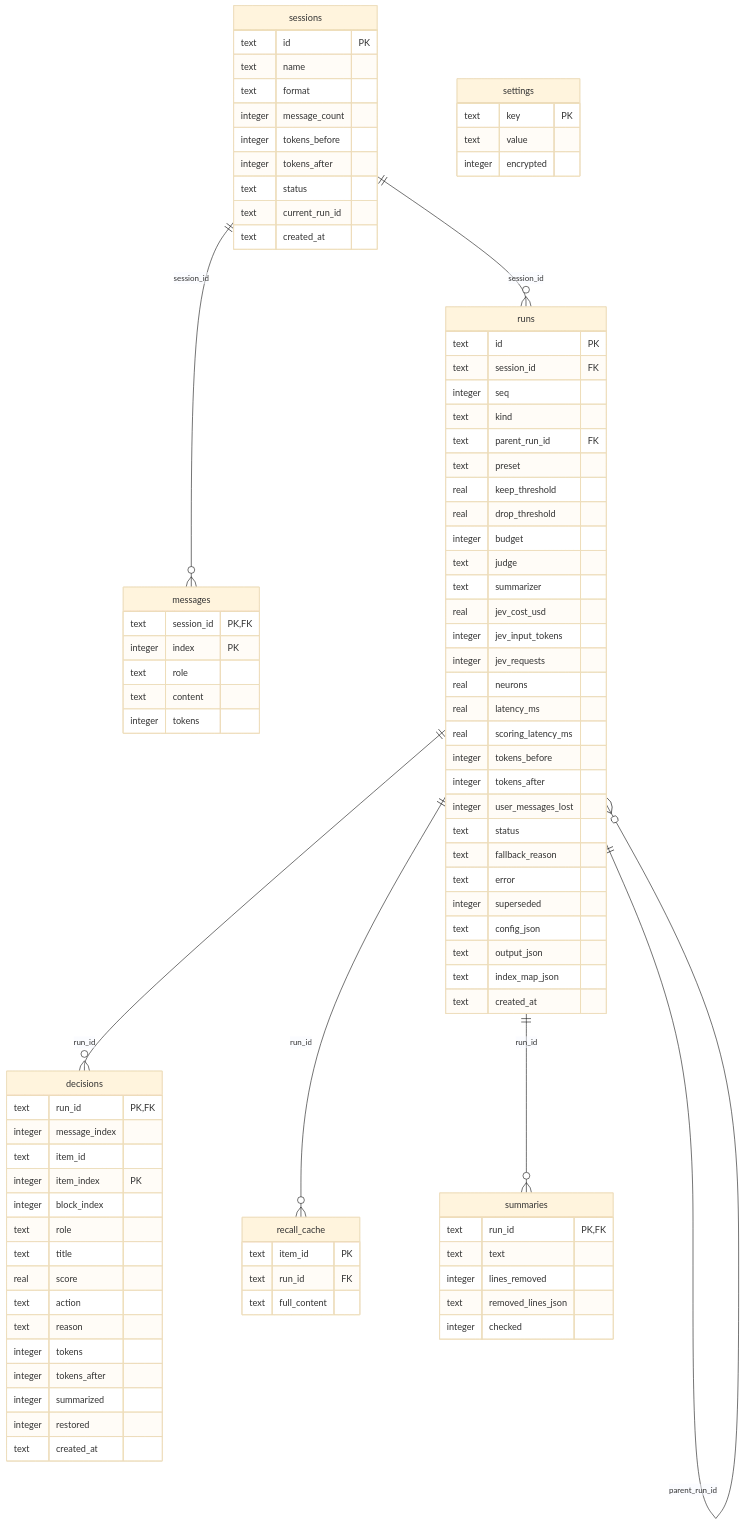
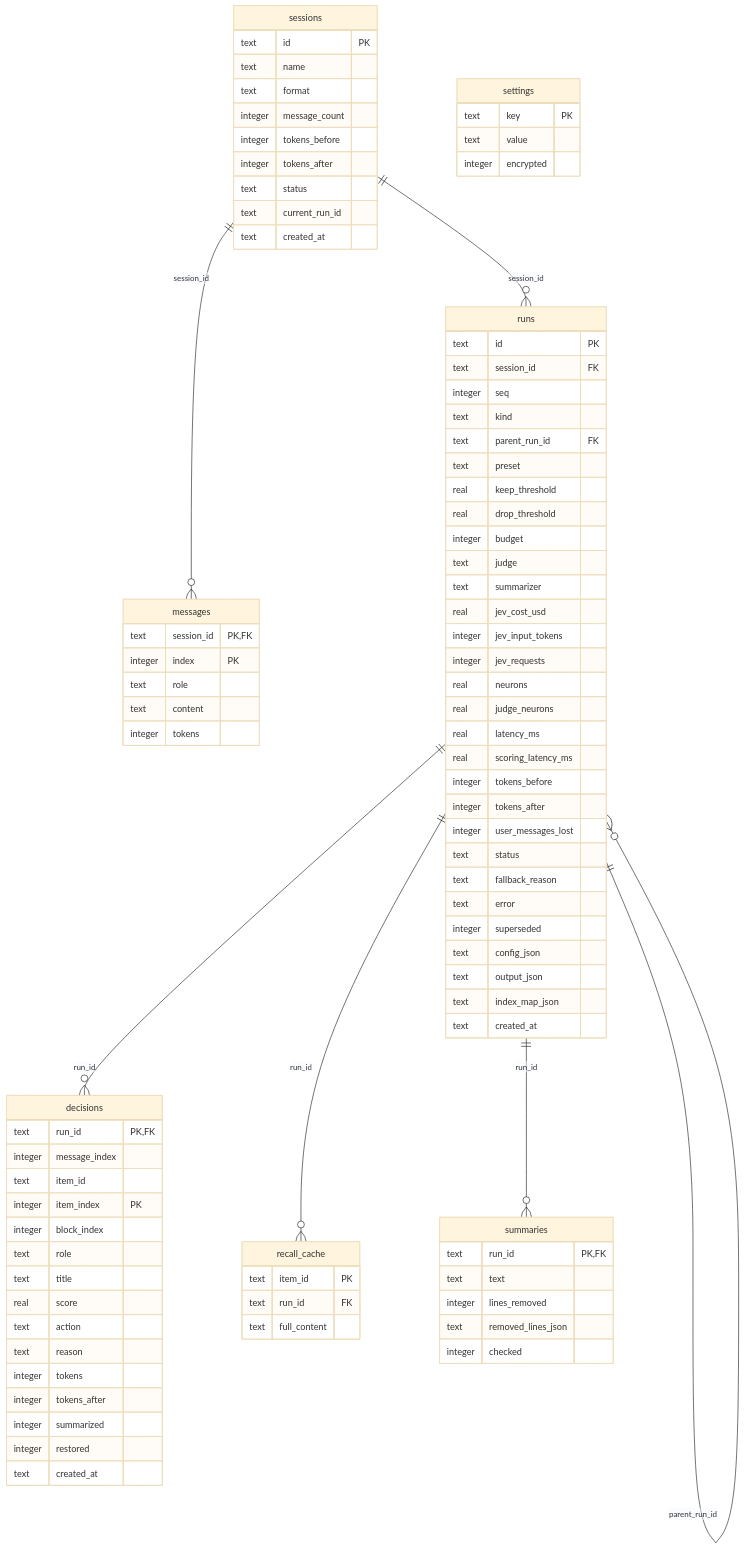
The diagram in docs/diagrams/er.mmd (SaumyaJain712/jevcompact), drawn with Mermaid (base theme) before and after one commit. The commit also changed 39 other files, not shown here.

First line of the commit message:
Phase (f): real evaluation with the Cloudflare judge; phase (g) diagrams and setup

```diff
--- a/docs/diagrams/er.mmd
+++ b/docs/diagrams/er.mmd
@@ -1,89 +1,90 @@
 erDiagram
     sessions {
         text id PK
         text name
         text format
         integer message_count
         integer tokens_before
         integer tokens_after
         text status
         text current_run_id
         text created_at
     }
     messages {
         text session_id PK,FK
         integer index PK
         text role
         text content
         integer tokens
     }
     runs {
         text id PK
         text session_id FK
         integer seq
         text kind
         text parent_run_id FK
         text preset
         real keep_threshold
         real drop_threshold
         integer budget
         text judge
         text summarizer
         real jev_cost_usd
         integer jev_input_tokens
         integer jev_requests
         real neurons
+        real judge_neurons
         real latency_ms
         real scoring_latency_ms
         integer tokens_before
         integer tokens_after
         integer user_messages_lost
         text status
         text fallback_reason
         text error
         integer superseded
         text config_json
         text output_json
         text index_map_json
         text created_at
     }
     decisions {
         text run_id PK,FK
         integer message_index
         text item_id
         integer item_index PK
         integer block_index
         text role
         text title
         real score
         text action
         text reason
         integer tokens
         integer tokens_after
         integer summarized
         integer restored
         text created_at
     }
     recall_cache {
         text item_id PK
         text run_id FK
         text full_content
     }
     summaries {
         text run_id PK,FK
         text text
         integer lines_removed
         text removed_lines_json
         integer checked
     }
     settings {
         text key PK
         text value
         integer encrypted
     }
     runs ||--o{ decisions : "run_id"
     runs ||--o{ recall_cache : "run_id"
     runs ||--o{ runs : "parent_run_id"
     runs ||--o{ summaries : "run_id"
     sessions ||--o{ messages : "session_id"
     sessions ||--o{ runs : "session_id"
```
